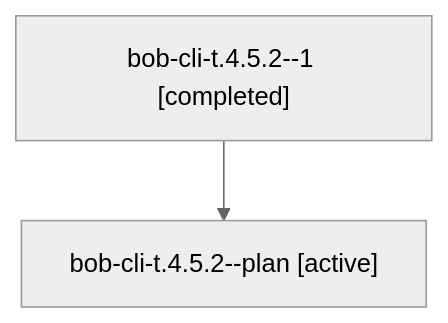
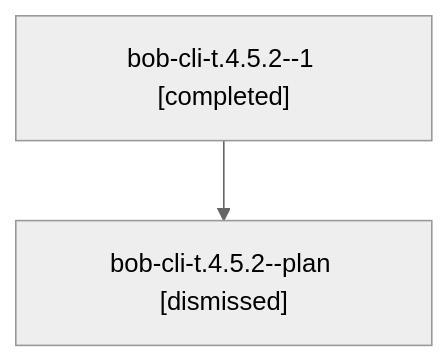
Before and after one commit to bobs-org/bob-cli--agents: the diagram in sessions/bbugyi200.athena.bob-cli-t.4.5.2.md, drawn with Mermaid (neutral theme). The commit also changed other lines of this file and 67 other files, not shown here.

````diff
--- a/sessions/bbugyi200.athena.bob-cli-t.4.5.2.md
+++ b/sessions/bbugyi200.athena.bob-cli-t.4.5.2.md
@@ -9,6 +9,6 @@
 ```mermaid
 flowchart TD
   n0["bob-cli-t.4.5.2--1 [completed]"]
-  n1["bob-cli-t.4.5.2--plan [active]"]
+  n1["bob-cli-t.4.5.2--plan [dismissed]"]
   n0 --> n1
 ```
````
